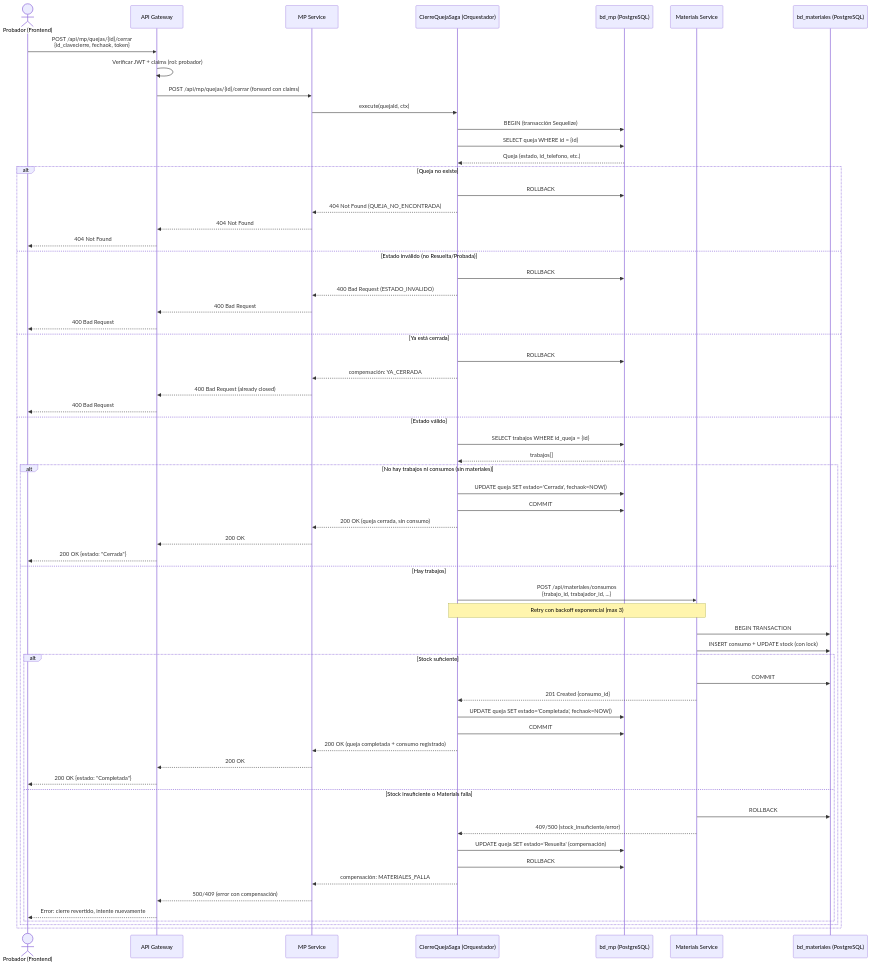
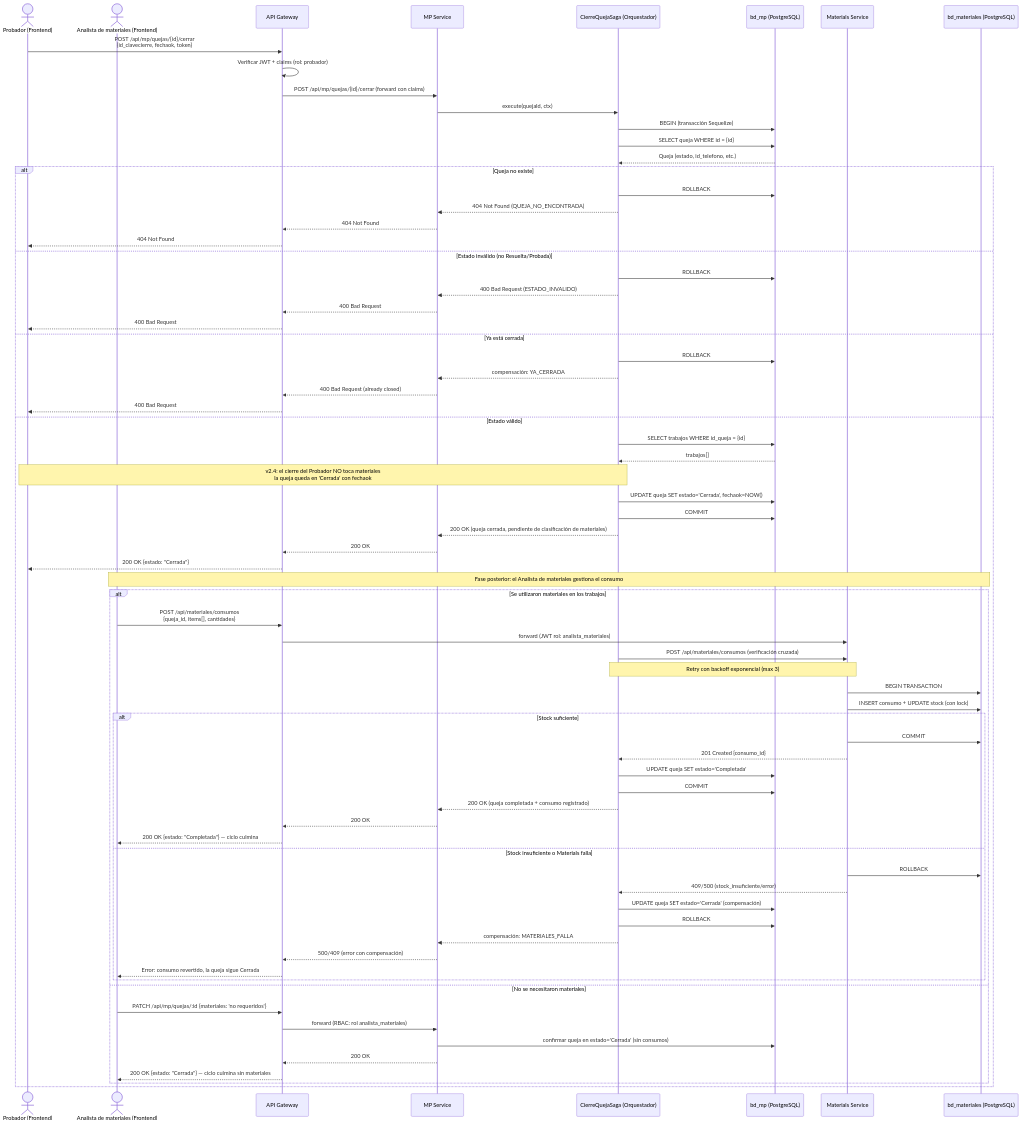
The sixth of 7 diagrams in docs/diagrams/sequence_diagrams/sequence_diagrams.md (ybotet/SISGAD5_1.0), drawn with Mermaid before and after one commit. The commit also changed other lines of this file, not shown here.

First line of the commit message:
docs(diagrams): v2.4 secuencia — Analista de materiales gestiona consumo post-cierre

````diff
--- a/docs/diagrams/sequence_diagrams/sequence_diagrams.md
+++ b/docs/diagrams/sequence_diagrams/sequence_diagrams.md
@@ -361,68 +373,79 @@
 ```mermaid
 sequenceDiagram
     actor PRb as Probador (Frontend)
+    actor AMa as Analista de materiales (Frontend)
     participant GW as API Gateway
     participant MPS as MP Service
     participant SAGA as CierreQuejaSaga (Orquestador)
     participant MPDB as bd_mp (PostgreSQL)
     participant MS as Materials Service
     participant MADB as bd_materiales (PostgreSQL)
 
     PRb->>GW: POST /api/mp/quejas/{id}/cerrar<br/>{id_clavecierre, fechaok, token}
     GW->>GW: Verificar JWT + claims (rol: probador)
     GW->>MPS: POST /api/mp/quejas/{id}/cerrar (forward con claims)
     MPS->>SAGA: execute(quejaId, ctx)
 
     SAGA->>MPDB: BEGIN (transacción Sequelize)
     SAGA->>MPDB: SELECT queja WHERE id = {id}
     MPDB-->>SAGA: Queja (estado, id_telefono, etc.)
 
     alt Queja no existe
         SAGA->>MPDB: ROLLBACK
         SAGA-->>MPS: 404 Not Found (QUEJA_NO_ENCONTRADA)
         MPS-->>GW: 404 Not Found
         GW-->>PRb: 404 Not Found
     else Estado inválido (no Resuelta/Probada)
         SAGA->>MPDB: ROLLBACK
         SAGA-->>MPS: 400 Bad Request (ESTADO_INVALIDO)
         MPS-->>GW: 400 Bad Request
         GW-->>PRb: 400 Bad Request
     else Ya está cerrada
         SAGA->>MPDB: ROLLBACK
         SAGA-->>MPS: compensación: YA_CERRADA
         MPS-->>GW: 400 Bad Request (already closed)
         GW-->>PRb: 400 Bad Request
     else Estado válido
         SAGA->>MPDB: SELECT trabajos WHERE id_queja = {id}
         MPDB-->>SAGA: trabajos[]
-        alt No hay trabajos ni consumos (sin materiales)
-            SAGA->>MPDB: UPDATE queja SET estado='Cerrada', fechaok=NOW()
-            SAGA->>MPDB: COMMIT
-            SAGA-->>MPS: 200 OK (queja cerrada, sin consumo)
-            MPS-->>GW: 200 OK
-            GW-->>PRb: 200 OK {estado: "Cerrada"}
-        else Hay trabajos
-            SAGA->>MS: POST /api/materiales/consumos<br/>{trabajo_id, trabajador_id, ...}
+        Note over PRb,SAGA: v2.4: el cierre del Probador NO toca materiales<br/>la queja queda en 'Cerrada' con fechaok
+        SAGA->>MPDB: UPDATE queja SET estado='Cerrada', fechaok=NOW()
+        SAGA->>MPDB: COMMIT
+        SAGA-->>MPS: 200 OK (queja cerrada, pendiente de clasificación de materiales)
+        MPS-->>GW: 200 OK
+        GW-->>PRb: 200 OK {estado: "Cerrada"}
+
+        Note over AMa,MADB: Fase posterior: el Analista de materiales gestiona el consumo
+        alt Se utilizaron materiales en los trabajos
+            AMa->>GW: POST /api/materiales/consumos<br/>{queja_id, items[], cantidades}
+            GW->>MS: forward (JWT rol: analista_materiales)
+            SAGA->>MS: POST /api/materiales/consumos (verificación cruzada)
             Note over SAGA,MS: Retry con backoff exponencial (max 3)
             MS->>MADB: BEGIN TRANSACTION
             MS->>MADB: INSERT consumo + UPDATE stock (con lock)
             alt Stock suficiente
                 MS->>MADB: COMMIT
                 MS-->>SAGA: 201 Created {consumo_id}
-                SAGA->>MPDB: UPDATE queja SET estado='Completada', fechaok=NOW()
+                SAGA->>MPDB: UPDATE queja SET estado='Completada'
                 SAGA->>MPDB: COMMIT
                 SAGA-->>MPS: 200 OK (queja completada + consumo registrado)
                 MPS-->>GW: 200 OK
-                GW-->>PRb: 200 OK {estado: "Completada"}
+                GW-->>AMa: 200 OK {estado: "Completada"} — ciclo culmina
             else Stock insuficiente o Materials falla
                 MS->>MADB: ROLLBACK
                 MS-->>SAGA: 409/500 (stock_insuficiente/error)
-                SAGA->>MPDB: UPDATE queja SET estado='Resuelta' (compensación)
+                SAGA->>MPDB: UPDATE queja SET estado='Cerrada' (compensación)
                 SAGA->>MPDB: ROLLBACK
                 SAGA-->>MPS: compensación: MATERIALES_FALLA
                 MPS-->>GW: 500/409 (error con compensación)
-                GW-->>PRb: Error: cierre revertido, intente nuevamente
+                GW-->>AMa: Error: consumo revertido, la queja sigue Cerrada
             end
+        else No se necesitaron materiales
+            AMa->>GW: PATCH /api/mp/quejas/:id {materiales: 'no requeridos'}
+            GW->>MPS: forward (RBAC: rol analista_materiales)
+            MPS->>MPDB: confirmar queja en estado='Cerrada' (sin consumos)
+            MPS-->>GW: 200 OK
+            GW-->>AMa: 200 OK {estado: "Cerrada"} — ciclo culmina sin materiales
         end
     end
 ```
````
